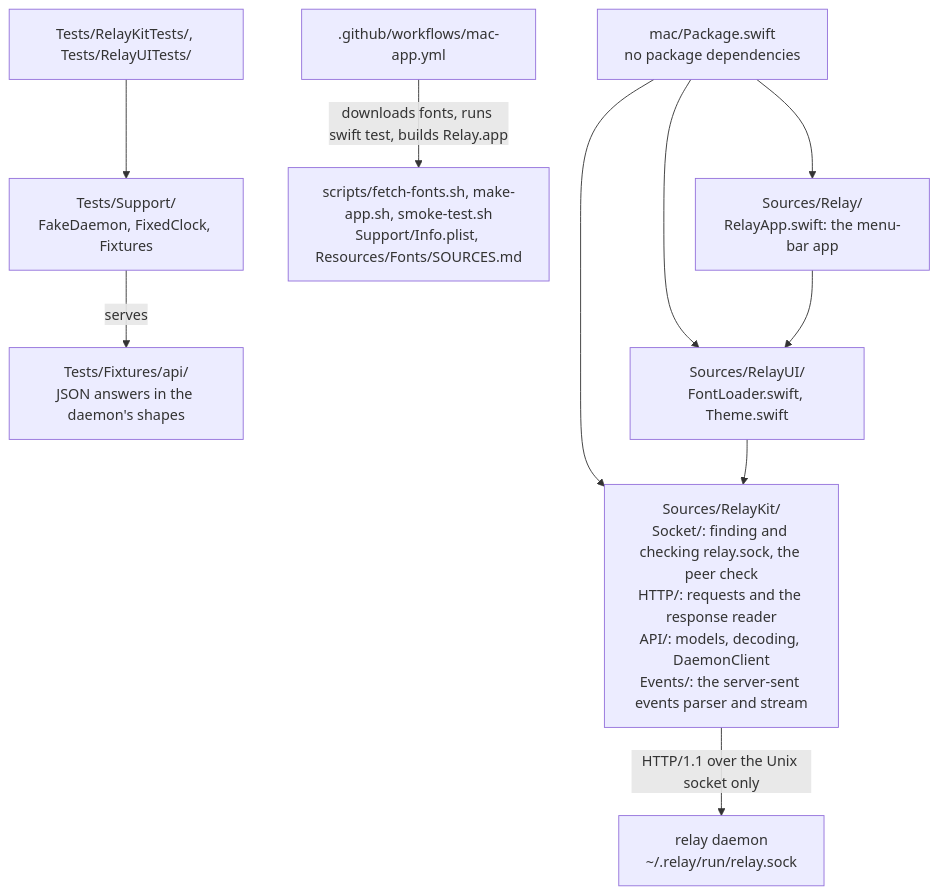
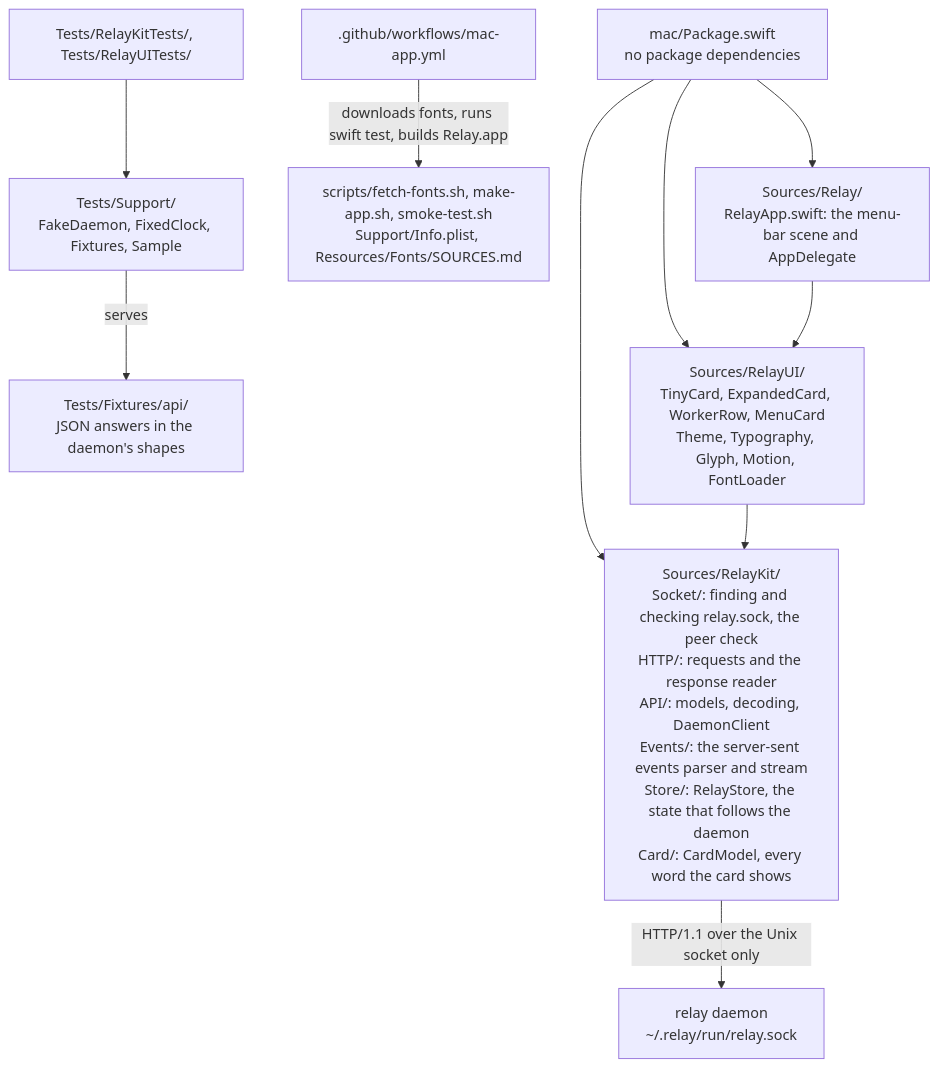
The third of 3 diagrams in docs/codebase-map.md (FrejusGdm/relay), drawn with Mermaid before and after one commit. The commit also changed other lines of this file and 39 other files, not shown here.

First line of the commit message:
feat: Mac app store, card text and card views (add-mac-menu-bar-app 3)

````diff
--- a/docs/codebase-map.md
+++ b/docs/codebase-map.md
@@ -326,23 +326,23 @@
 ```mermaid
 flowchart TD
   pkg["mac/Package.swift<br/>no package dependencies"]
-  kit["Sources/RelayKit/<br/>Socket/: finding and checking relay.sock, the peer check<br/>HTTP/: requests and the response reader<br/>API/: models, decoding, DaemonClient<br/>Events/: the server-sent events parser and stream"]
-  ui["Sources/RelayUI/<br/>FontLoader.swift, Theme.swift"]
-  app["Sources/Relay/<br/>RelayApp.swift: the menu-bar app"]
-  support["Tests/Support/<br/>FakeDaemon, FixedClock, Fixtures"]
+  kit["Sources/RelayKit/<br/>Socket/: finding and checking relay.sock, the peer check<br/>HTTP/: requests and the response reader<br/>API/: models, decoding, DaemonClient<br/>Events/: the server-sent events parser and stream<br/>Store/: RelayStore, the state that follows the daemon<br/>Card/: CardModel, every word the card shows"]
+  ui["Sources/RelayUI/<br/>TinyCard, ExpandedCard, WorkerRow, MenuCard<br/>Theme, Typography, Glyph, Motion, FontLoader"]
+  app["Sources/Relay/<br/>RelayApp.swift: the menu-bar scene and AppDelegate"]
+  support["Tests/Support/<br/>FakeDaemon, FixedClock, Fixtures, Sample"]
   fixtures["Tests/Fixtures/api/<br/>JSON answers in the daemon's shapes"]
   tests["Tests/RelayKitTests/, Tests/RelayUITests/"]
   scripts["scripts/fetch-fonts.sh, make-app.sh, smoke-test.sh<br/>Support/Info.plist, Resources/Fonts/SOURCES.md"]
   ci[".github/workflows/mac-app.yml"]
   daemon["relay daemon<br/>~/.relay/run/relay.sock"]
 
   pkg --> kit
   pkg --> ui
   pkg --> app
   ui --> kit
   app --> ui
   kit -->|"HTTP/1.1 over the Unix socket only"| daemon
   tests --> support
   support -->|"serves"| fixtures
   ci -->|"downloads fonts, runs swift test, builds Relay.app"| scripts
 ```
````
